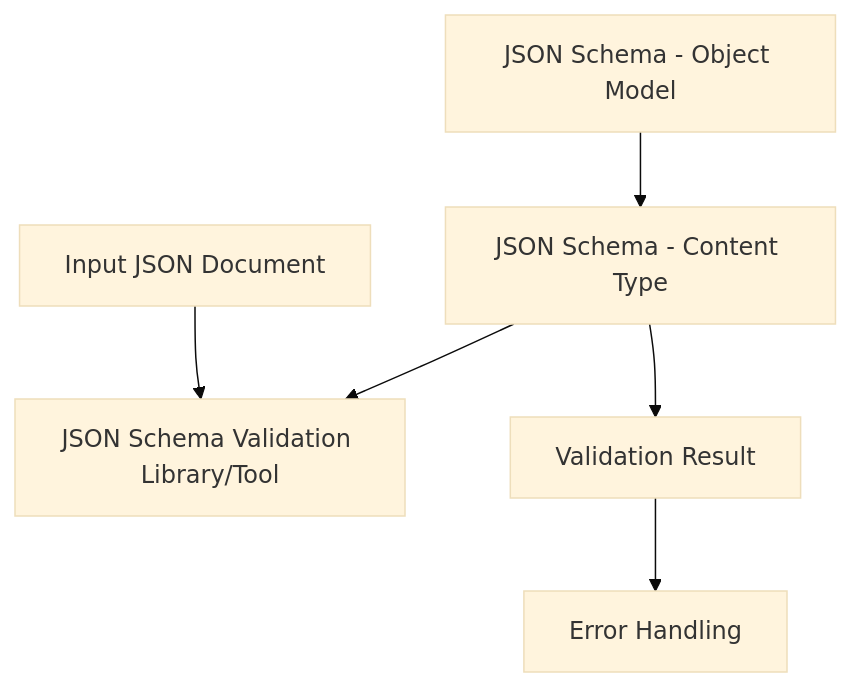
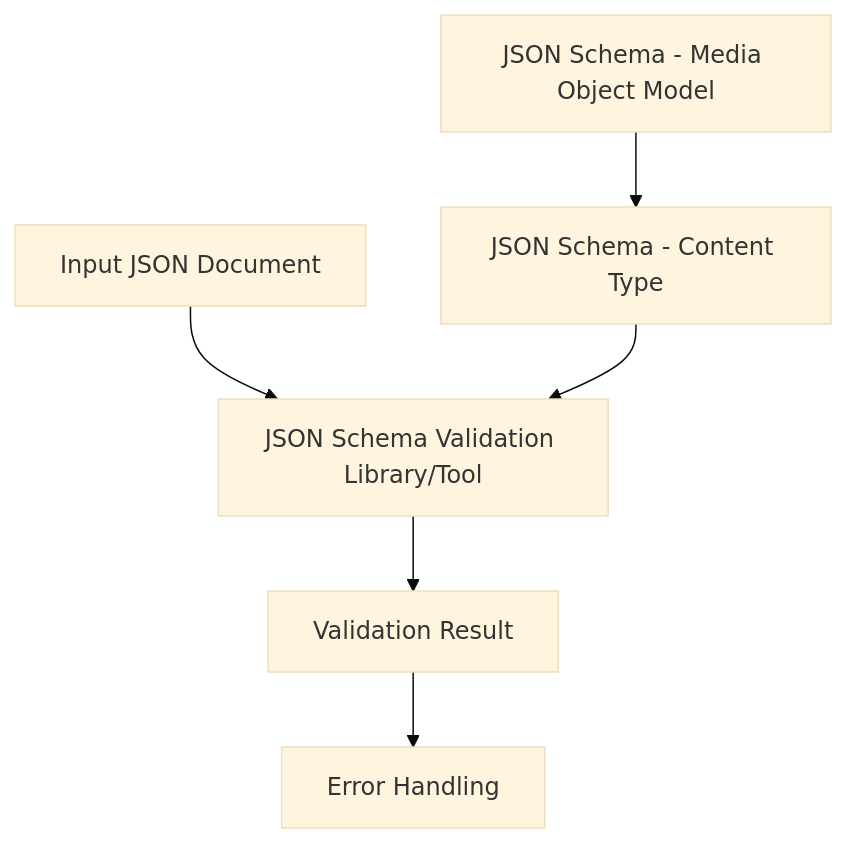
Before and after one commit to mattbriggs/tech-doc-generator: the diagram in patterns-rules/linter-rules-reqs-sketch.md, drawn with Mermaid (base theme). The commit also changed other lines of this file, not shown here.

````diff
--- a/patterns-rules/linter-rules-reqs-sketch.md
+++ b/patterns-rules/linter-rules-reqs-sketch.md
@@ -17,14 +17,15 @@
 ```mermaid
 graph TD
     A[Input JSON Document]
-    B[JSON Schema - Object Model]
+    B[JSON Schema - Media Object Model]
     C[JSON Schema - Content Type]
     D[JSON Schema Validation Library/Tool]
     E[Validation Result]
     F[Error Handling]
     A-->D
     B-->C
     C-->D
-    C-->E
+    D-->E
     E-->F
+
 ```
````
